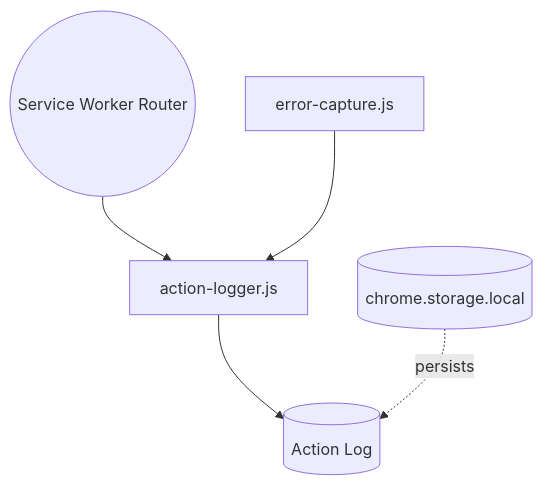
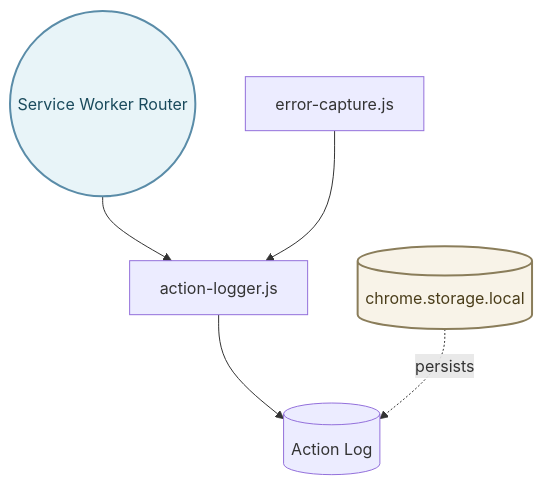
Before and after one commit to tdemelle-SiP/.claude: the eighth of 8 diagrams in guidelines/sip-printify-manager-extension-guidelines-v2.md, drawn with Mermaid. The commit also changed other lines of this file, not shown here.

````diff
--- a/guidelines/sip-printify-manager-extension-guidelines-v2.md
+++ b/guidelines/sip-printify-manager-extension-guidelines-v2.md
@@ -362,7 +601,14 @@
 ```mermaid
 graph TD
   Router((Service Worker Router)) --> Logger[action-logger.js]
   Logger --> ActionLog[(Action Log)]
   ErrorCap[error-capture.js] --> Logger
   Storage[(chrome.storage.local)] -. persists .-> ActionLog
+  
+  %% Apply styles to match main architecture
+  classDef routerStyle fill:#e8f4f8,stroke:#5a8ca8,stroke-width:2px,color:#1a4a5c
+  classDef storageStyle fill:#f8f3e8,stroke:#8a7d5a,stroke-width:2px,color:#4a3d1a
+  
+  class Router routerStyle
+  class Storage storageStyle
 ```
````
